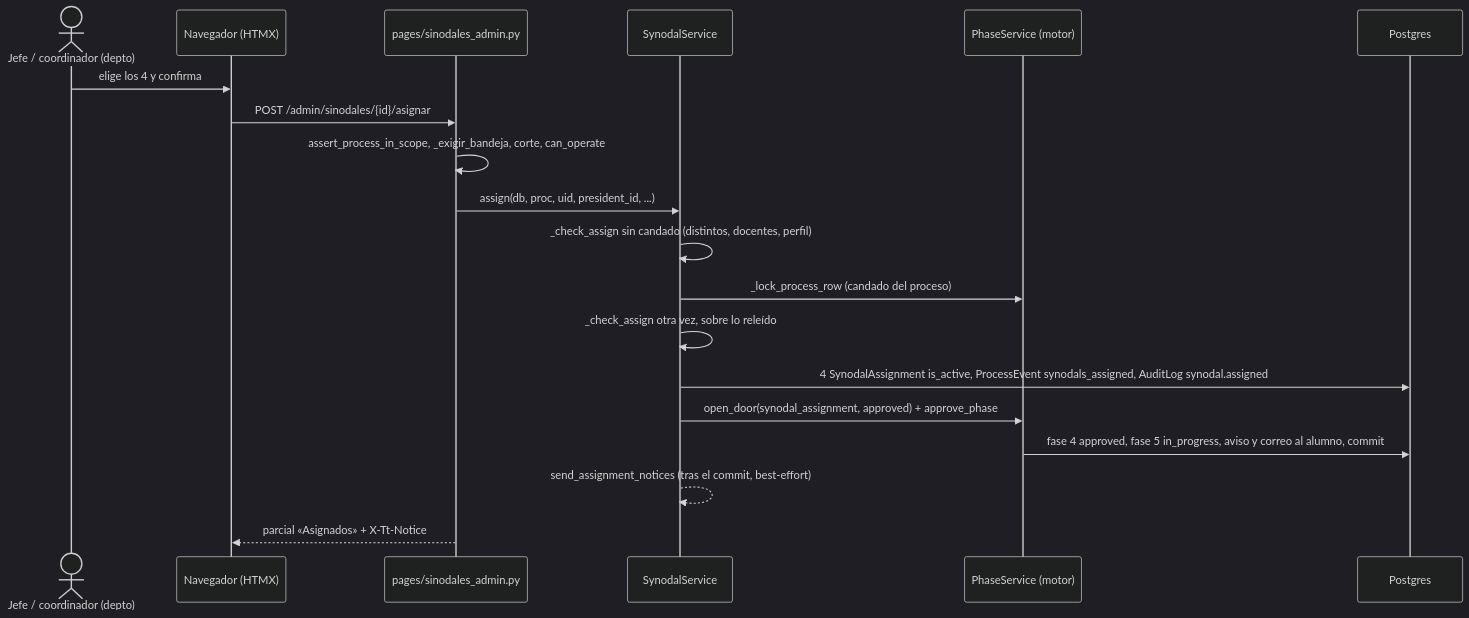
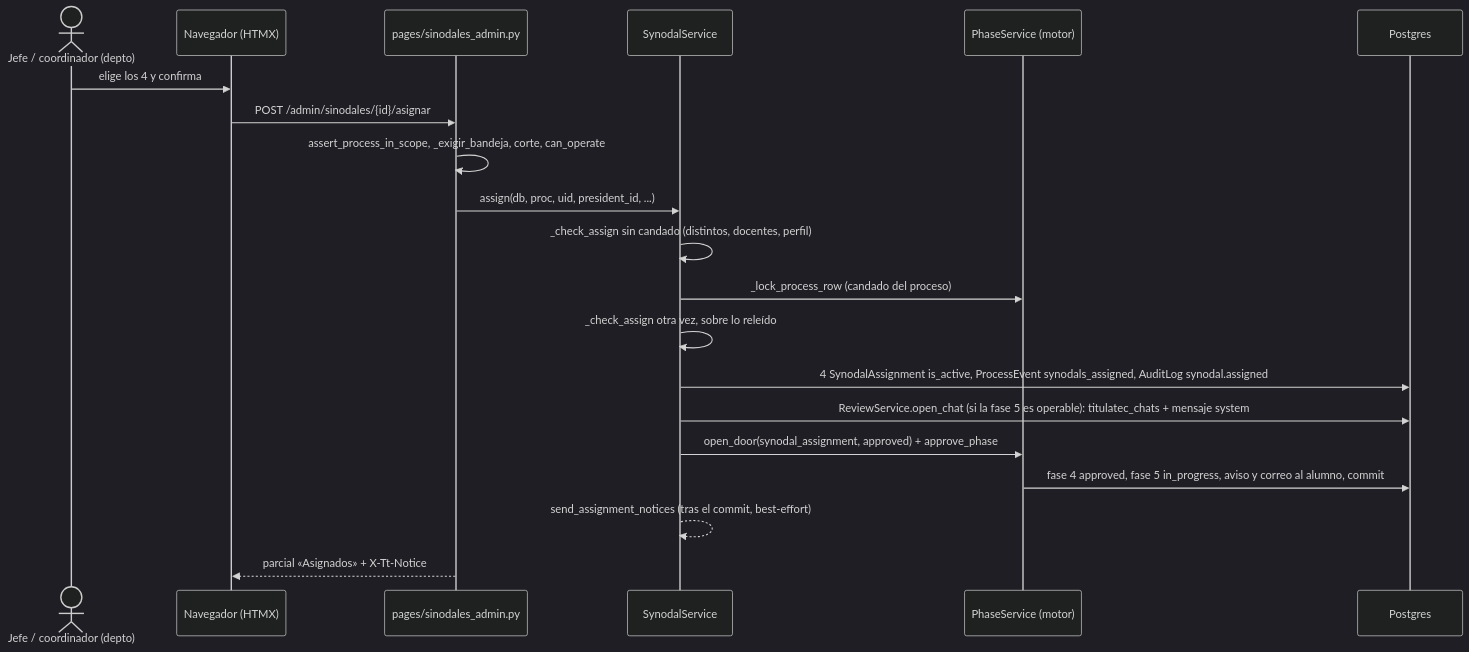
The diagram in itcj2/apps/titulatec/docs/flows/phase4_department_assign_synodals.md (Erne1357/itcj), drawn with Mermaid (dark theme) before and after one commit. The commit also changed other lines of this file and 9 other files, not shown here.

````diff
--- a/itcj2/apps/titulatec/docs/flows/phase4_department_assign_synodals.md
+++ b/itcj2/apps/titulatec/docs/flows/phase4_department_assign_synodals.md
@@ -25,21 +25,22 @@
 ```mermaid
 sequenceDiagram
     actor J as Jefe / coordinador (depto)
     participant FE as Navegador (HTMX)
     participant API as pages/sinodales_admin.py
     participant SVC as SynodalService
     participant PS as PhaseService (motor)
     participant DB as Postgres
     J->>FE: elige los 4 y confirma
     FE->>API: POST /admin/sinodales/{id}/asignar
     API->>API: assert_process_in_scope, _exigir_bandeja, corte, can_operate
     API->>SVC: assign(db, proc, uid, president_id, ...)
     SVC->>SVC: _check_assign sin candado (distintos, docentes, perfil)
     SVC->>PS: _lock_process_row (candado del proceso)
     SVC->>SVC: _check_assign otra vez, sobre lo releído
     SVC->>DB: 4 SynodalAssignment is_active, ProcessEvent synodals_assigned, AuditLog synodal.assigned
+    SVC->>DB: ReviewService.open_chat (si la fase 5 es operable): titulatec_chats + mensaje system
     SVC->>PS: open_door(synodal_assignment, approved) + approve_phase
     PS->>DB: fase 4 approved, fase 5 in_progress, aviso y correo al alumno, commit
     SVC-->>SVC: send_assignment_notices (tras el commit, best-effort)
     API-->>FE: parcial «Asignados» + X-Tt-Notice
 ```
````
